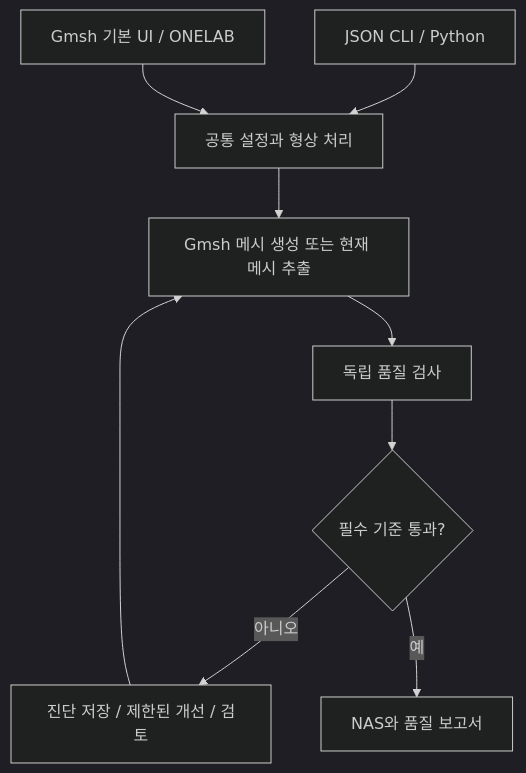
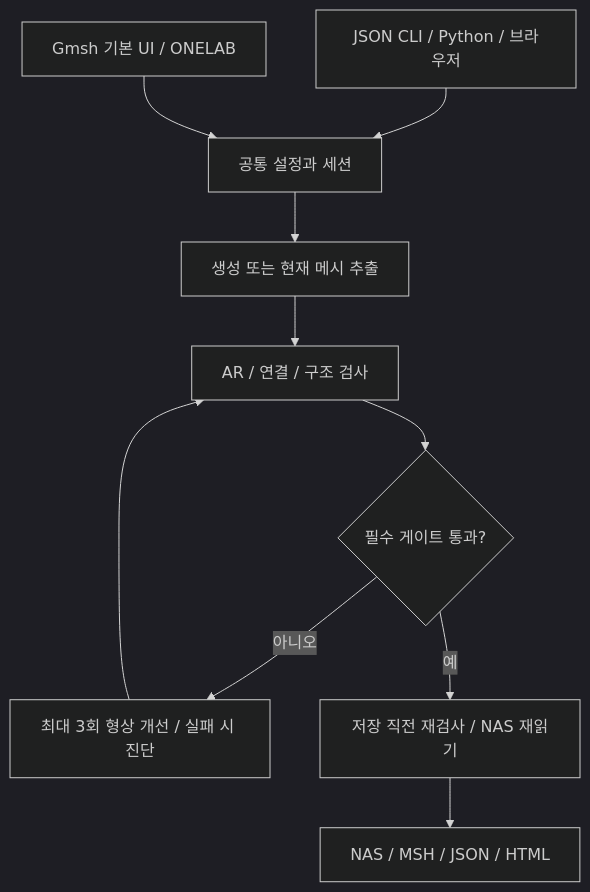
Before and after one commit to BRL-AIML-students/BRL_AI_EM_convergence: the diagram in docs/mesh-generation-guide.md, drawn with Mermaid (dark theme). The commit also changed other lines of this file and 14 other files, not shown here.

````diff
--- a/docs/mesh-generation-guide.md
+++ b/docs/mesh-generation-guide.md
@@ -237,11 +236,12 @@
 ```mermaid
 flowchart TD
-  A[JSON CLI / Python] --> C[공통 설정과 형상 처리]
+  A[JSON CLI / Python / 브라우저] --> C[공통 설정과 세션]
   B[Gmsh 기본 UI / ONELAB] --> C
-  C --> D[Gmsh 메시 생성 또는 현재 메시 추출]
-  D --> E[독립 품질 검사]
-  E --> F{필수 기준 통과?}
-  F -->|아니오| G[진단 저장 / 제한된 개선 / 검토]
-  G --> D
-  F -->|예| H[NAS와 품질 보고서]
+  C --> D[생성 또는 현재 메시 추출]
+  D --> E[AR / 연결 / 구조 검사]
+  E --> F{필수 게이트 통과?}
+  F -->|아니오| G[최대 3회 형상 개선 / 실패 시 진단]
+  G --> E
+  F -->|예| H[저장 직전 재검사 / NAS 재읽기]
+  H --> I[NAS / MSH / JSON / HTML]
 ```
````
